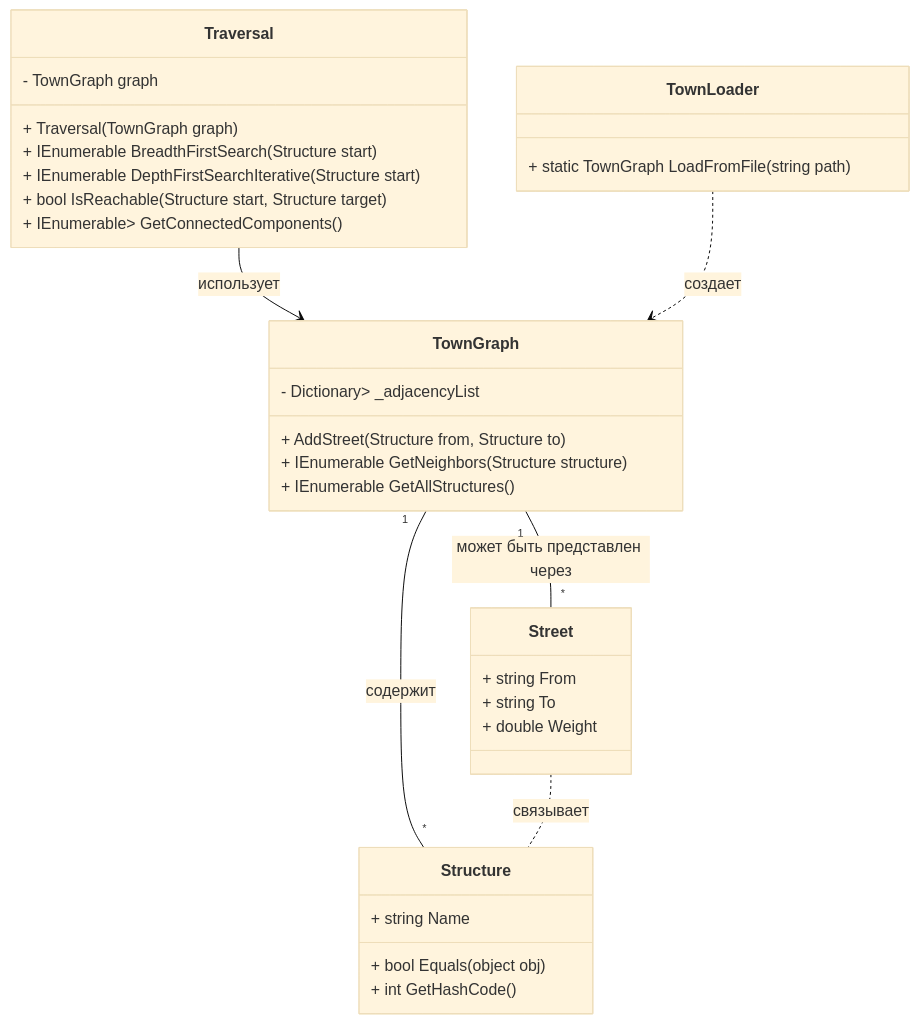
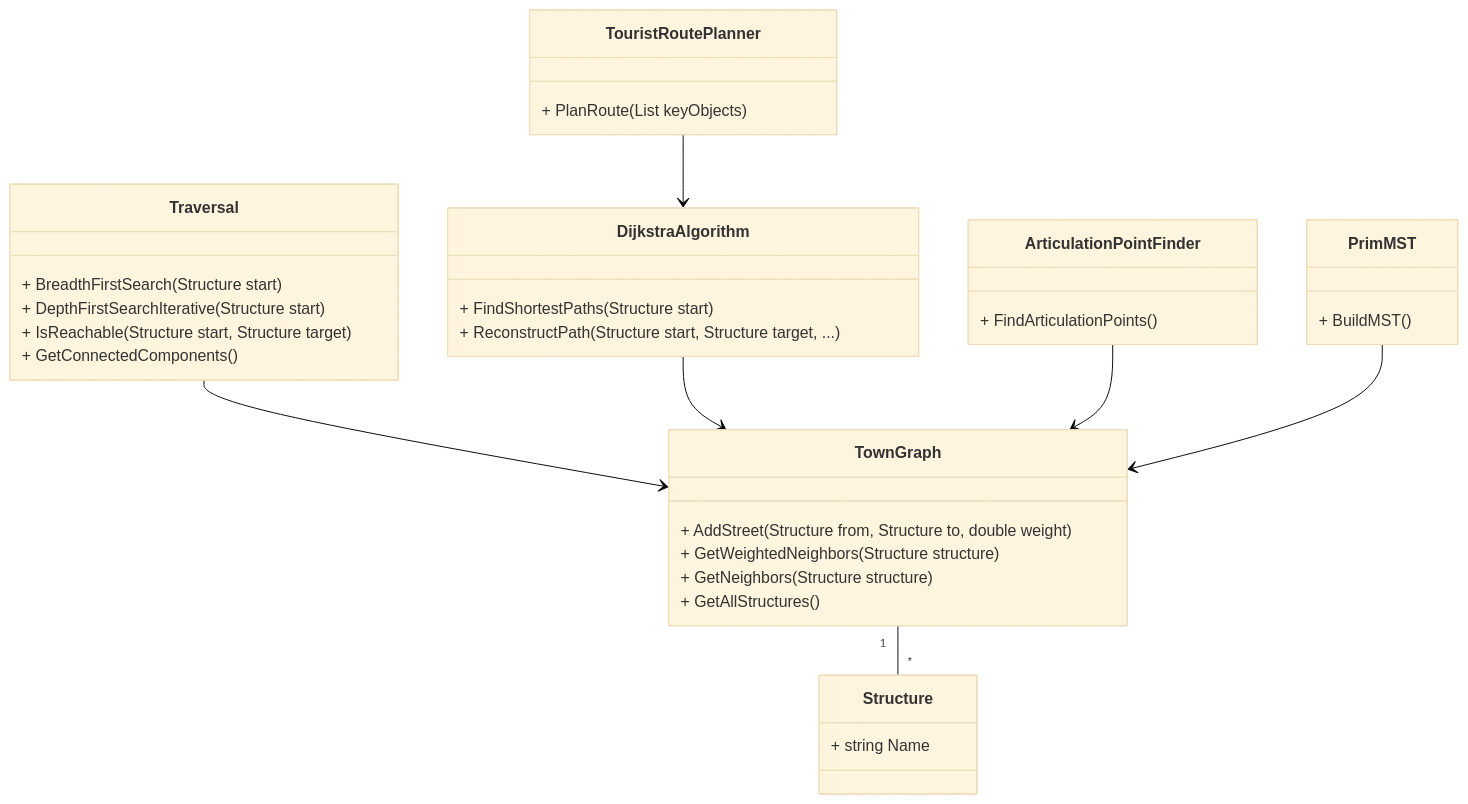
One commit to Urtyom-Alyanov/HistoryTown changed the diagram in README.md. Above: the diagram before and after it, drawn with Mermaid (base theme). The commit also changed other lines of this file and 5 other files, not shown here.

````diff
--- a/README.md
+++ b/README.md
@@ -69,40 +42,44 @@
 ```mermaid
 classDiagram
     class Structure {
         + string Name
-        + bool Equals(object obj)
-        + int GetHashCode()
-    }
-
-    class Street {
-        + string From
-        + string To
-        + double Weight
     }
 
     class TownGraph {
-        - Dictionary<Structure, List<Structure>> _adjacencyList
-        + AddStreet(Structure from, Structure to)
-        + IEnumerable<Structure> GetNeighbors(Structure structure)
-        + IEnumerable<Structure> GetAllStructures()
+        + AddStreet(Structure from, Structure to, double weight)
+        + GetWeightedNeighbors(Structure structure)
+        + GetNeighbors(Structure structure) 
+        + GetAllStructures()
     }
 
     class Traversal {
-        - TownGraph graph
-        + Traversal(TownGraph graph)
-        + IEnumerable<Structure> BreadthFirstSearch(Structure start)
-        + IEnumerable<Structure> DepthFirstSearchIterative(Structure start)
-        + bool IsReachable(Structure start, Structure target)
-        + IEnumerable<List<Structure>> GetConnectedComponents()
+        + BreadthFirstSearch(Structure start)
+        + DepthFirstSearchIterative(Structure start)
+        + IsReachable(Structure start, Structure target)
+        + GetConnectedComponents()
     }
 
-    class TownLoader {
-        + static TownGraph LoadFromFile(string path)
+    class DijkstraAlgorithm {
+        + FindShortestPaths(Structure start)
+        + ReconstructPath(Structure start, Structure target, ...)
     }
 
-    TownGraph "1" -- "*" Structure : содержит
-    TownGraph "1" -- "*" Street : может быть представлен через
-    Traversal --> TownGraph : использует
-    TownLoader ..> TownGraph : создает
-    Street .. Structure : связывает
+    class TouristRoutePlanner {
+        + PlanRoute(List<Structure> keyObjects)
+    }
+
+    class ArticulationPointFinder {
+        + FindArticulationPoints()
+    }
+
+    class PrimMST {
+        + BuildMST()
+    }
+
+    TownGraph "1" -- "*" Structure
+    Traversal --> TownGraph
+    DijkstraAlgorithm --> TownGraph
+    TouristRoutePlanner --> DijkstraAlgorithm
+    ArticulationPointFinder --> TownGraph
+    PrimMST --> TownGraph
 ```
````
